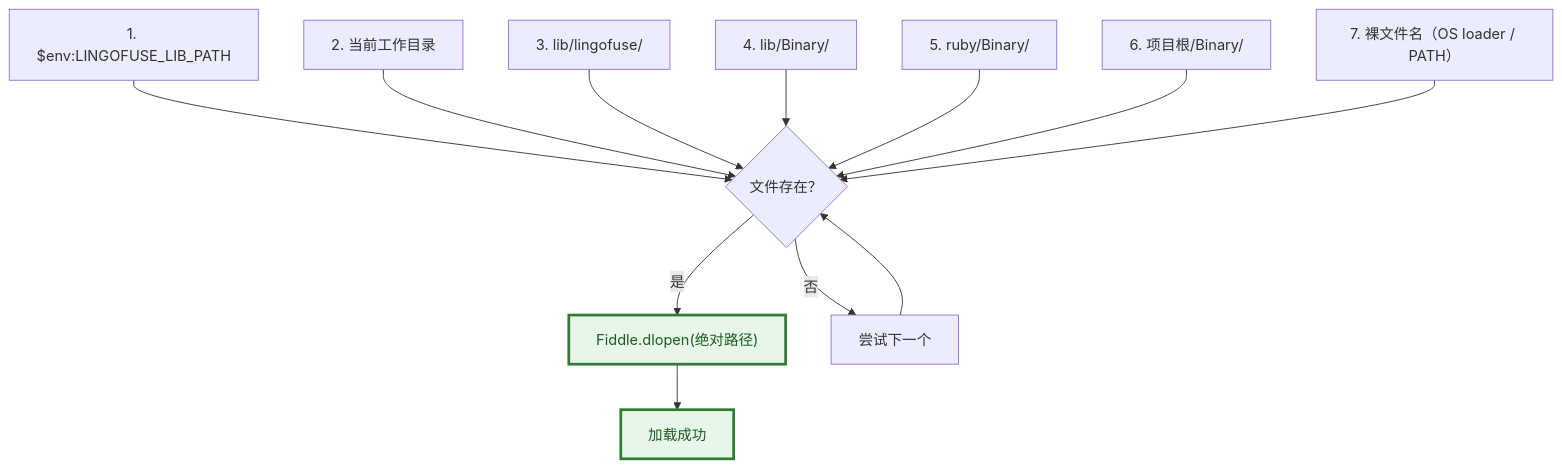
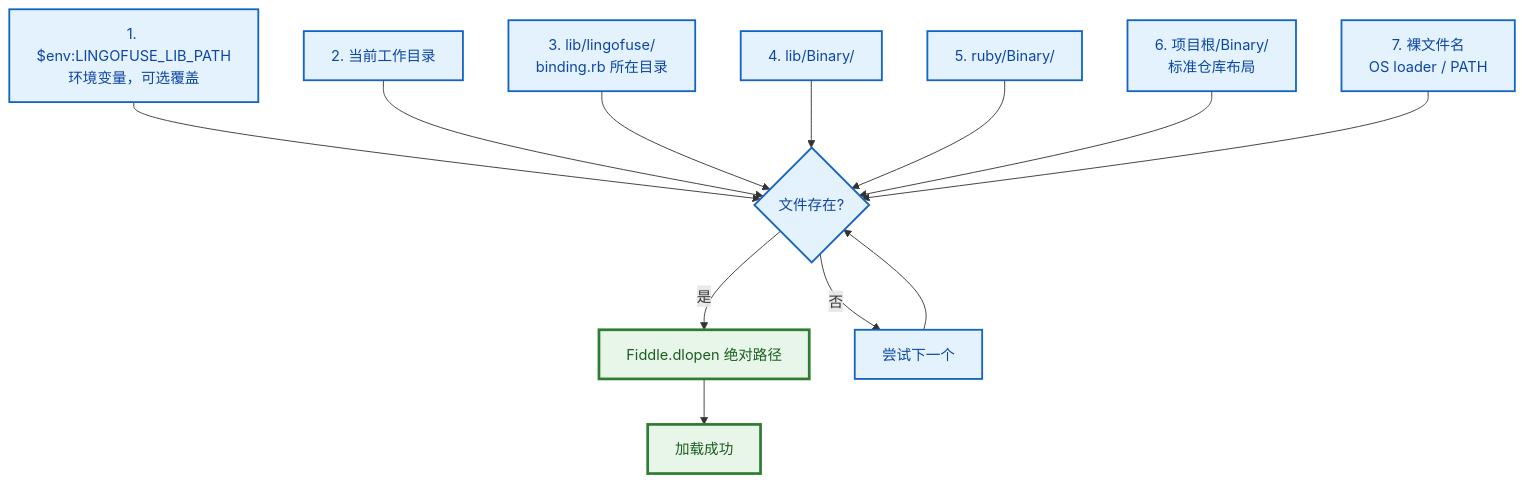
The ninth of 23 diagrams in ruby/README.md (PassByYou888/LingoFuse), drawn with Mermaid before and after one commit. The commit also changed other lines of this file, not shown here.

````diff
--- a/ruby/README.md
+++ b/ruby/README.md
@@ -518,18 +458,29 @@
 ```mermaid
 flowchart TD
-    S1["1. $env:LINGOFUSE_LIB_PATH"] --> F{"文件存在？"}
-    S2["2. 当前工作目录"] --> F
-    S3["3. lib/lingofuse/"] --> F
-    S4["4. lib/Binary/"] --> F
-    S5["5. ruby/Binary/"] --> F
-    S6["6. 项目根/Binary/"] --> F
-    S7["7. 裸文件名（OS loader / PATH）"] --> F
+    S1["1. $env:LINGOFUSE_LIB_PATH<br/>环境变量，可选覆盖"]
+    S2["2. 当前工作目录"]
+    S3["3. lib/lingofuse/<br/>binding.rb 所在目录"]
+    S4["4. lib/Binary/"]
+    S5["5. ruby/Binary/"]
+    S6["6. 项目根/Binary/<br/>标准仓库布局"]
+    S7["7. 裸文件名<br/>OS loader / PATH"]
 
-    F -- "是" --> Load["Fiddle.dlopen(绝对路径)"]
-    F -- "否" --> Next["尝试下一个"]
-    Next --> F
+    S1 --> Check{"文件存在?"}
+    S2 --> Check
+    S3 --> Check
+    S4 --> Check
+    S5 --> Check
+    S6 --> Check
+    S7 --> Check
+
+    Check -->|"是"| Load["Fiddle.dlopen 绝对路径"]
+    Check -->|"否"| Next["尝试下一个"]
+    Next --> Check
     Load --> OK["加载成功"]
 
     classDef ok fill:#E8F5E9,stroke:#2E7D32,stroke-width:3px,color:#1B5E20
+    classDef probe fill:#E3F2FD,stroke:#1565C0,stroke-width:2px,color:#0D47A1
+
     class OK,Load ok
+    class S1,S2,S3,S4,S5,S6,S7,Check,Next probe
 ```
````
